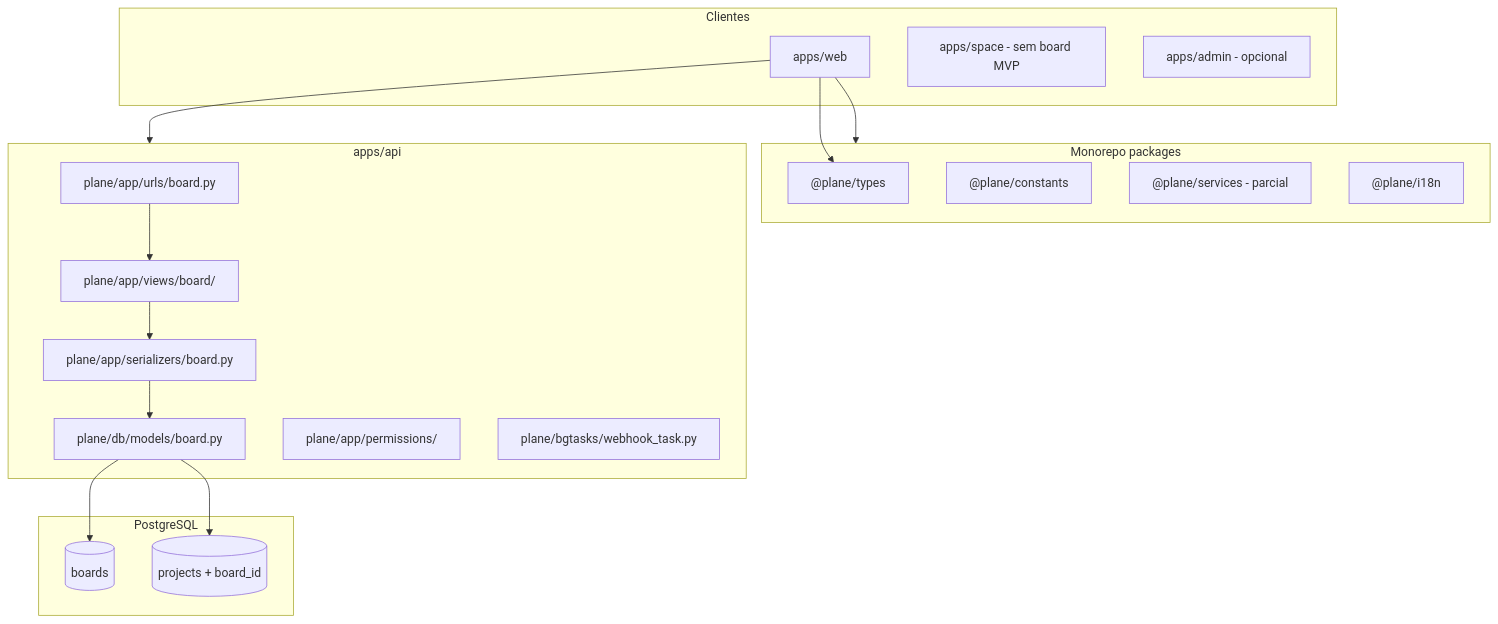
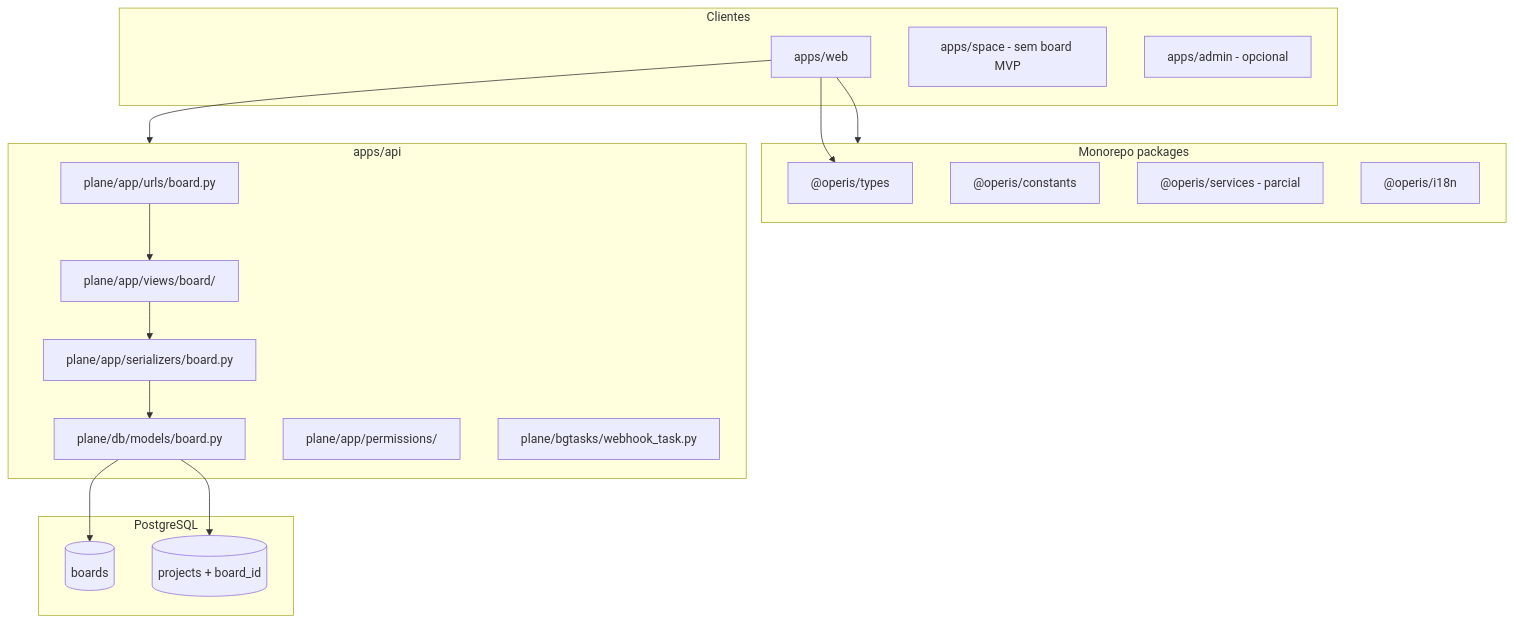
The diagram in docs/tech4humans-boards-implementacao.md (AndersonSilver/Operoz), drawn with Mermaid before and after one commit. The commit also changed other lines of this file and 5148 other files, not shown here.

````diff
--- a/docs/tech4humans-boards-implementacao.md
+++ b/docs/tech4humans-boards-implementacao.md
@@ -83,36 +83,36 @@
 ```mermaid
 flowchart TB
   subgraph clients [Clientes]
     WEB[apps/web]
     SPACE[apps/space - sem board MVP]
     ADMIN[apps/admin - opcional]
   end
 
   subgraph packages [Monorepo packages]
-    TYPES["@plane/types"]
-    CONST["@plane/constants"]
-    SVC["@plane/services - parcial"]
-    I18N["@plane/i18n"]
+    TYPES["@operis/types"]
+    CONST["@operis/constants"]
+    SVC["@operis/services - parcial"]
+    I18N["@operis/i18n"]
   end
 
   subgraph api [apps/api]
     URLS[plane/app/urls/board.py]
     VIEWS[plane/app/views/board/]
     SER[plane/app/serializers/board.py]
     MODEL[plane/db/models/board.py]
     PERM[plane/app/permissions/]
     BG[plane/bgtasks/webhook_task.py]
   end
 
   subgraph db [PostgreSQL]
     BOARDS[(boards)]
     PROJECTS[(projects + board_id)]
   end
 
   WEB --> TYPES
   WEB --> api
   WEB --> packages
   URLS --> VIEWS --> SER --> MODEL
   MODEL --> BOARDS
   MODEL --> PROJECTS
 ```
````
